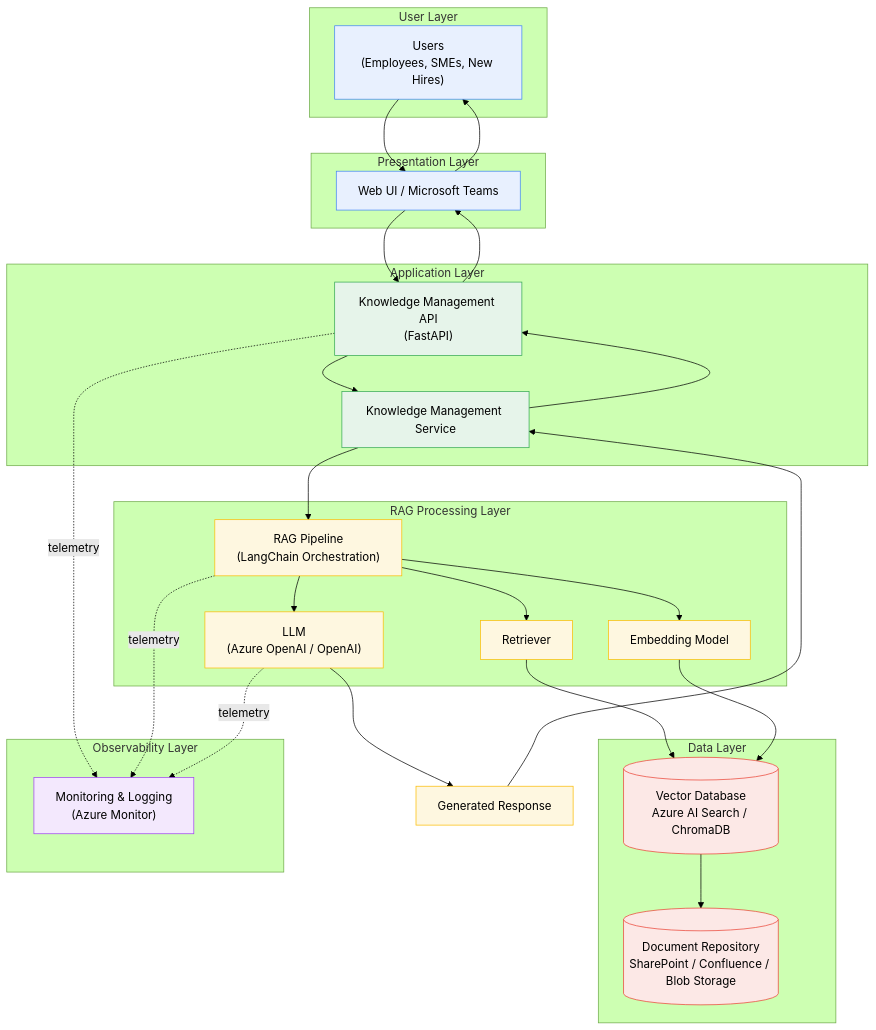
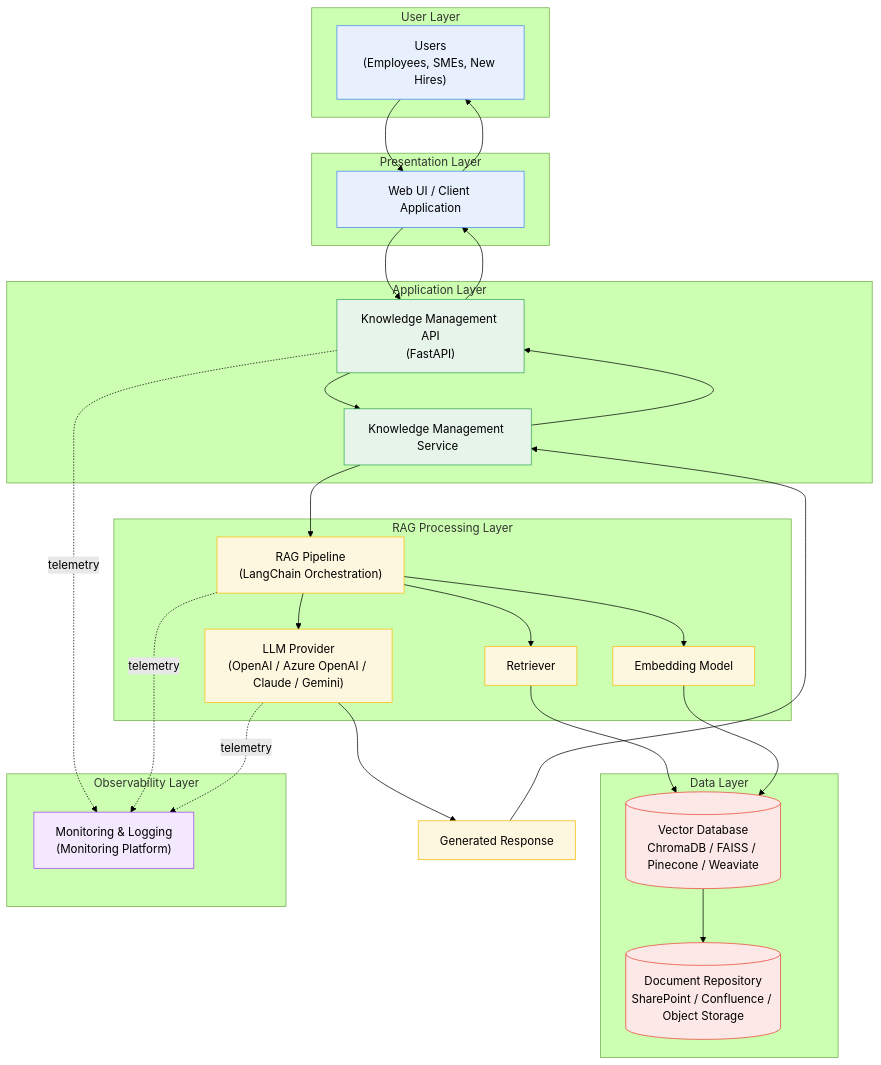
One commit to Knowledge-Management-Agent/knowledge-management-agent changed the first of 2 diagrams in Knowledge-Management-Agent-PoC.md. Above: the diagram before and after it, drawn with Mermaid (forest theme). The commit also changed other lines of this file, not shown here.

````diff
--- a/Knowledge-Management-Agent-PoC.md
+++ b/Knowledge-Management-Agent-PoC.md
@@ -260,63 +260,63 @@
 ```mermaid
 flowchart TB
     subgraph L1["User Layer"]
         U["Users<br/>(Employees, SMEs, New Hires)"]
     end
 
     subgraph L2["Presentation Layer"]
-        WEB["Web UI / Microsoft Teams"]
+        WEB["Web UI / Client Application"]
     end
 
     subgraph L3["Application Layer"]
         API["Knowledge Management API<br/>(FastAPI)"]
         KMS["Knowledge Management Service"]
     end
 
     subgraph L4["RAG Processing Layer"]
         RAG["RAG Pipeline<br/>(LangChain Orchestration)"]
         RET["Retriever"]
         EMB["Embedding Model"]
-        LLM["LLM<br/>(Azure OpenAI / OpenAI)"]
+        LLM["LLM Provider<br/>(OpenAI / Azure OpenAI / Claude / Gemini)"]
     end
 
     subgraph L5["Data Layer"]
-        VDB[("Vector Database<br/>Azure AI Search / ChromaDB")]
-        DOCREPO[("Document Repository<br/>SharePoint / Confluence / Blob Storage")]
+        VDB[("Vector Database<br/>ChromaDB / FAISS / Pinecone / Weaviate")]
+        DOCREPO[("Document Repository<br/>SharePoint / Confluence / Object Storage")]
     end
 
     subgraph L6["Observability Layer"]
-        MON["Monitoring & Logging<br/>(Azure Monitor)"]
+        MON["Monitoring & Logging<br/>(Monitoring Platform)"]
     end
 
     U --> WEB
     WEB --> API
     API --> KMS
     KMS --> RAG
     RAG --> RET
     RAG --> EMB
     RET --> VDB
     EMB --> VDB
     VDB --> DOCREPO
     RAG --> LLM
     LLM --> RESP["Generated Response"]
     RESP --> KMS
     KMS --> API
     API --> WEB
     WEB --> U
 
     API -.telemetry.-> MON
     RAG -.telemetry.-> MON
     LLM -.telemetry.-> MON
 
     classDef userLayer fill:#e8f0fe,stroke:#4285f4,stroke-width:1px
     classDef appLayer fill:#e6f4ea,stroke:#34a853,stroke-width:1px
     classDef ragLayer fill:#fef7e0,stroke:#fbbc04,stroke-width:1px
     classDef dataLayer fill:#fce8e6,stroke:#ea4335,stroke-width:1px
     classDef obsLayer fill:#f3e8fd,stroke:#a142f4,stroke-width:1px
 
     class U,WEB userLayer
     class API,KMS appLayer
     class RAG,RET,EMB,LLM,RESP ragLayer
     class VDB,DOCREPO dataLayer
     class MON obsLayer
 ```
````
